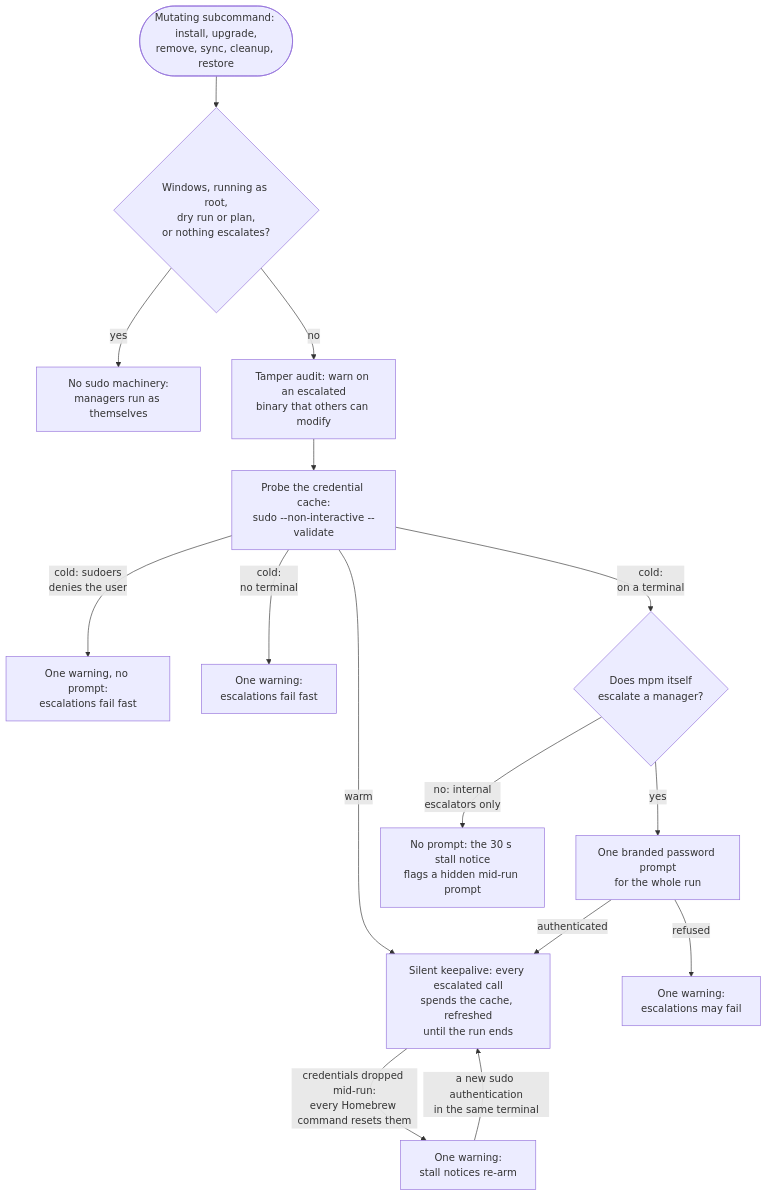
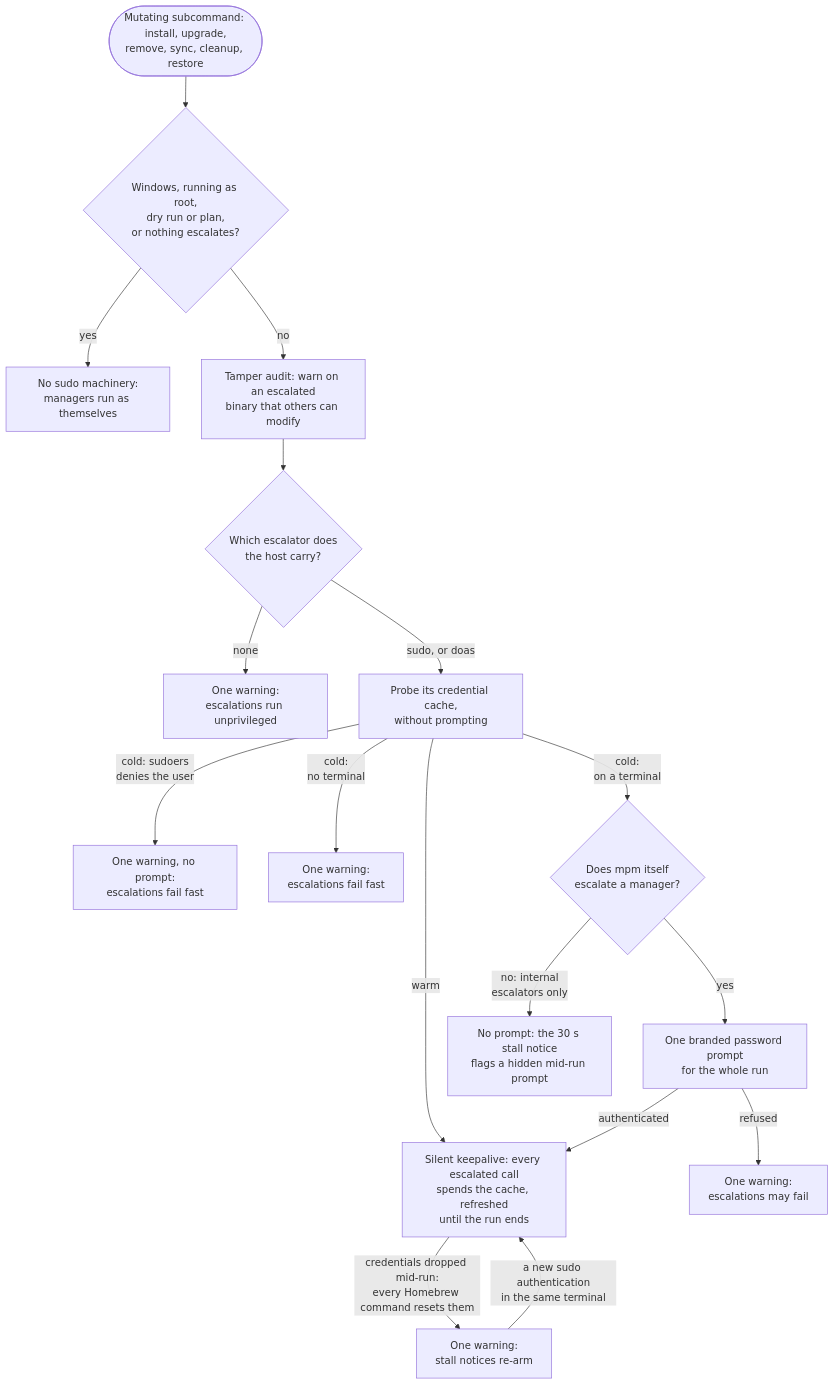
The diagram in docs/sudo.md (kdeldycke/meta-package-manager), drawn with Mermaid before and after one commit. The commit also changed other lines of this file and 2 other files, not shown here.

Commit message:
Document `doas` escalation and let the probe capture its failures

````diff
--- a/docs/sudo.md
+++ b/docs/sudo.md
@@ -52,17 +67,19 @@
 ```mermaid
 flowchart TD
     begin(["Mutating subcommand: install, upgrade,<br/>remove, sync, cleanup, restore"]) --> skip{"Windows, running as root,<br/>dry run or plan,<br/>or nothing escalates?"}
     skip -->|"yes"| bare["No sudo machinery:<br/>managers run as themselves"]
     skip -->|"no"| audit["Tamper audit: warn on an escalated<br/>binary that others can modify"]
-    audit --> probe["Probe the credential cache:<br/>sudo --non-interactive --validate"]
+    audit --> pick{"Which escalator does<br/>the host carry?"}
+    pick -->|"none"| noesc["One warning:<br/>escalations run unprivileged"]
+    pick -->|"sudo, or doas"| probe["Probe its credential cache,<br/>without prompting"]
     probe -->|"warm"| keepalive["Silent keepalive: every escalated call<br/>spends the cache, refreshed<br/>until the run ends"]
     probe -->|"cold: sudoers<br/>denies the user"| denied["One warning, no prompt:<br/>escalations fail fast"]
     probe -->|"cold:<br/>no terminal"| notty["One warning:<br/>escalations fail fast"]
     probe -->|"cold:<br/>on a terminal"| who{"Does mpm itself<br/>escalate a manager?"}
     who -->|"yes"| prompt["One branded password prompt<br/>for the whole run"]
     who -->|"no: internal<br/>escalators only"| stall["No prompt: the 30 s stall notice<br/>flags a hidden mid-run prompt"]
     prompt -->|"authenticated"| keepalive
     prompt -->|"refused"| failed["One warning:<br/>escalations may fail"]
     keepalive -->|"credentials dropped mid-run:<br/>every Homebrew command resets them"| dropped["One warning:<br/>stall notices re-arm"]
     dropped -->|"a new sudo authentication<br/>in the same terminal"| keepalive
 ```
````
